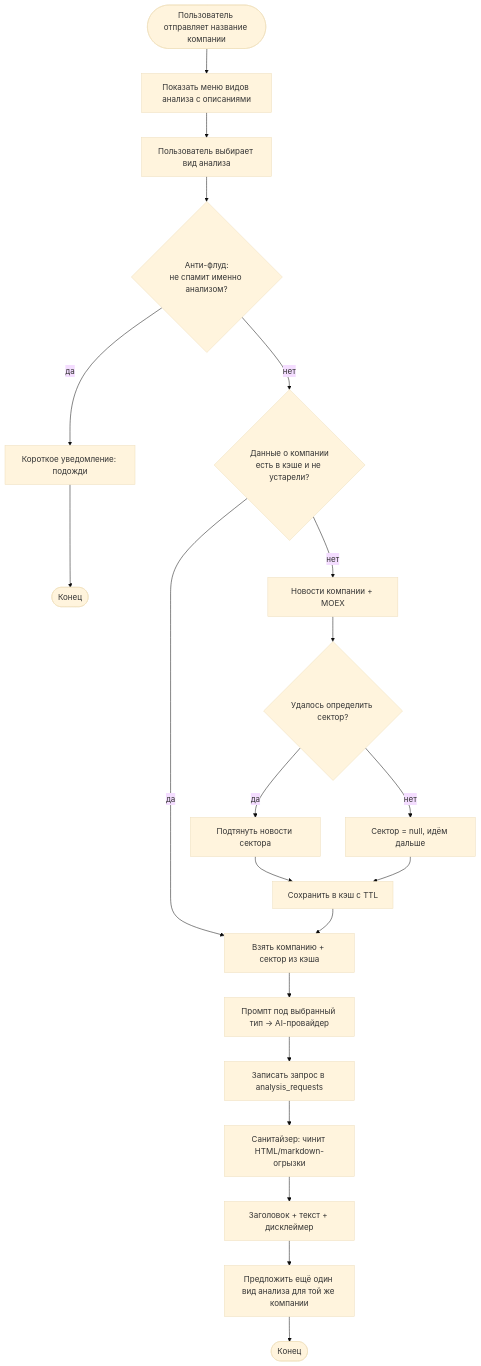
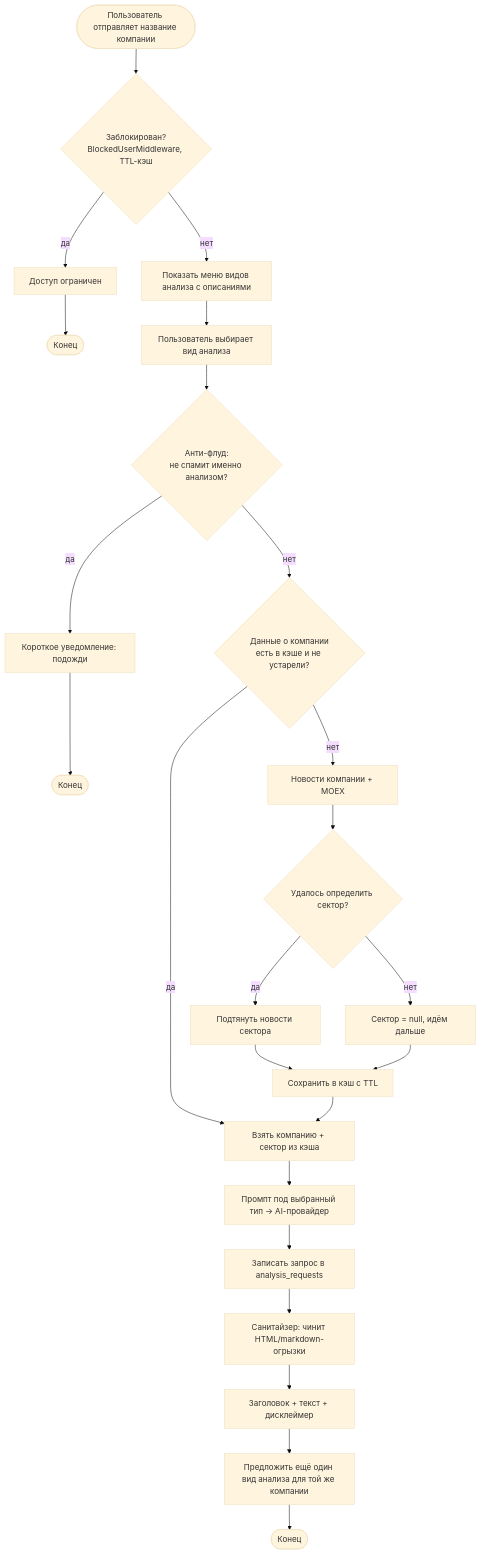
One commit to keshtoim/analysis_for_invest_bot changed the fourth of 5 diagrams in README.md. Above: the diagram before and after it, drawn with Mermaid (base theme). The commit also changed other lines of this file, not shown here.

````diff
--- a/README.md
+++ b/README.md
@@ -282,22 +297,24 @@
 ```mermaid
 flowchart TD
-    Start([Пользователь отправляет название компании]) --> Menu[Показать меню видов анализа с описаниями]
+    Start([Пользователь отправляет название компании]) --> Blocked{Заблокирован?<br/>BlockedUserMiddleware, TTL-кэш}
+    Blocked -- да --> Reject[Доступ ограничен] --> End0([Конец])
+    Blocked -- нет --> Menu[Показать меню видов анализа с описаниями]
     Menu --> Choice[Пользователь выбирает вид анализа]
     Choice --> Flood{Анти-флуд:<br/>не спамит именно анализом?}
     Flood -- да --> WaitMsg[Короткое уведомление: подожди] --> End1([Конец])
     Flood -- нет --> Cache{Данные о компании<br/>есть в кэше и не устарели?}
     Cache -- да --> UseCache[Взять компанию + сектор из кэша]
     Cache -- нет --> Fetch[Новости компании + MOEX]
     Fetch --> Sector{Удалось определить сектор?}
     Sector -- да --> SectorNews[Подтянуть новости сектора]
     Sector -- нет --> NoSector[Сектор = null, идём дальше]
     SectorNews --> SaveCache[Сохранить в кэш с TTL]
     NoSector --> SaveCache
     SaveCache --> UseCache
     UseCache --> AI[Промпт под выбранный тип -> AI-провайдер]
     AI --> Log[Записать запрос в analysis_requests]
     Log --> Sanitize[Санитайзер: чинит HTML/markdown-огрызки]
     Sanitize --> Send[Заголовок + текст + дисклеймер]
     Send --> Offer[Предложить ещё один вид анализа для той же компании]
     Offer --> End2([Конец])
 ```
````
